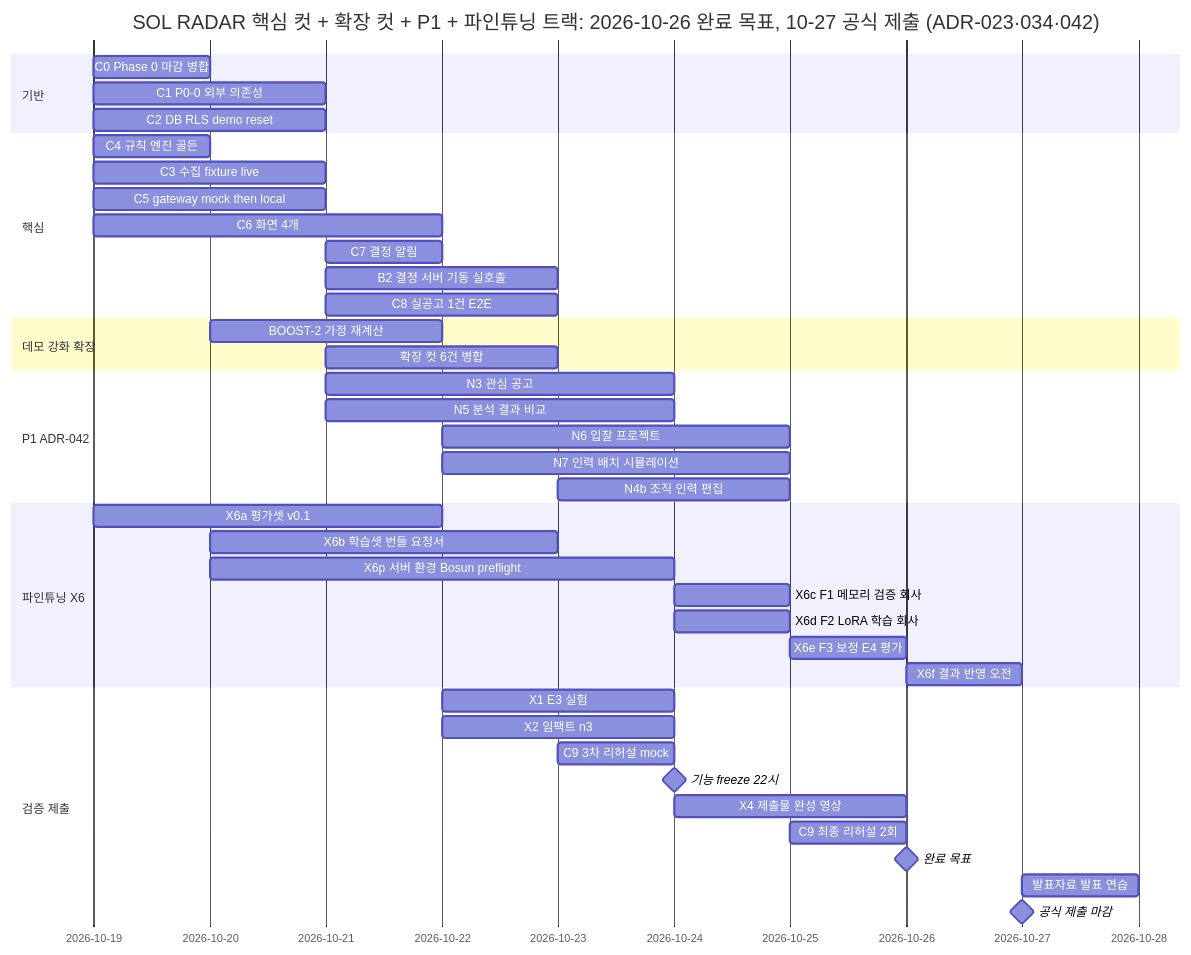
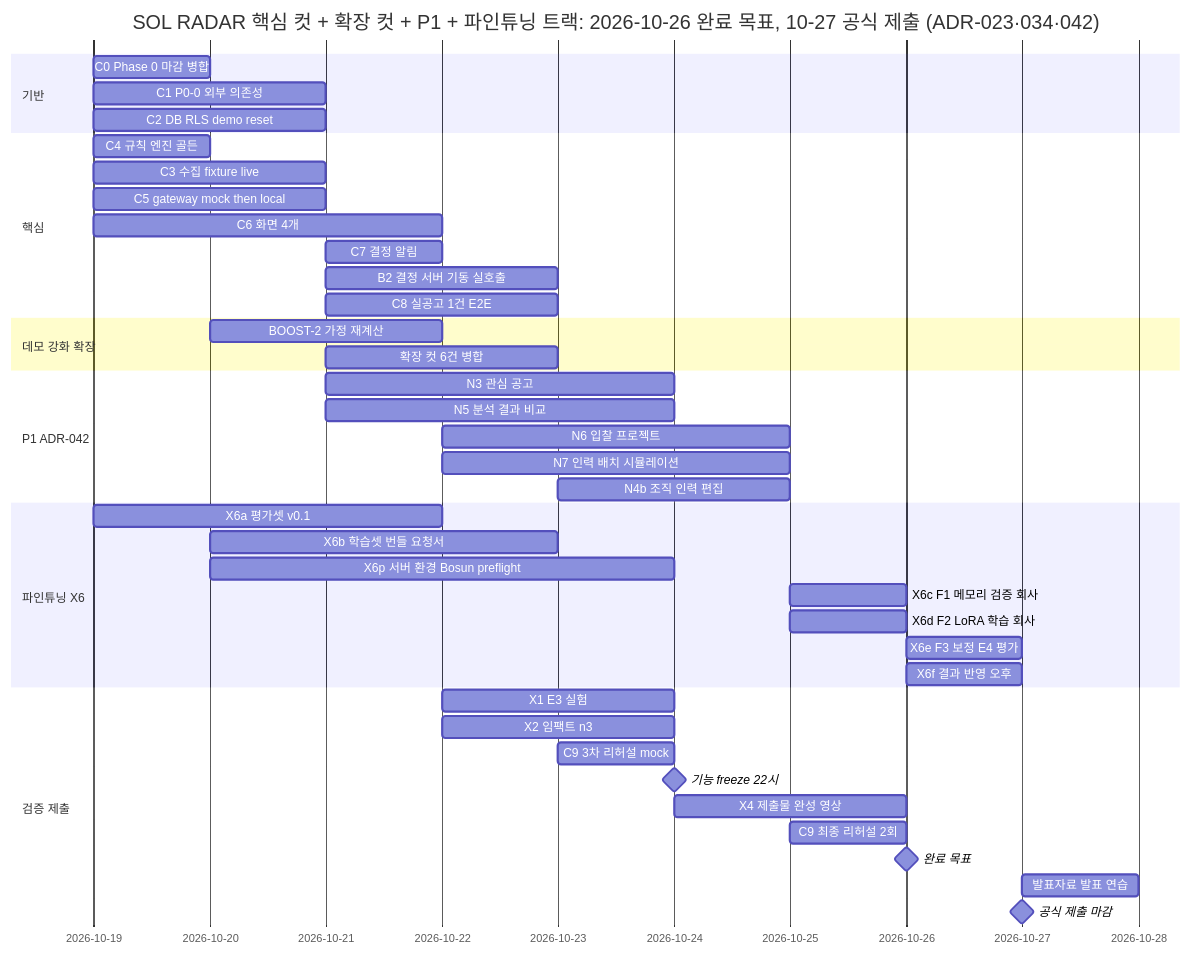
Before and after one commit to solideoai/sol-radar: the diagram in docs/12-ROADMAP.md, drawn with Mermaid. The commit also changed other lines of this file and 10 other files, not shown here.

````diff
--- a/docs/12-ROADMAP.md
+++ b/docs/12-ROADMAP.md
@@ -137,44 +138,44 @@
 ```mermaid
 gantt
  title SOL RADAR 핵심 컷 + 확장 컷 + P1 + 파인튜닝 트랙: 2026-10-26 완료 목표, 10-27 공식 제출 (ADR-023·034·042)
  dateFormat YYYY-MM-DD
  section 기반
  C0 Phase 0 마감 병합 :c0, 2026-10-19, 1d
  C1 P0-0 외부 의존성 :c1, 2026-10-19, 2d
  C2 DB RLS demo reset :c2, 2026-10-19, 2d
  section 핵심
  C4 규칙 엔진 골든 :c4, 2026-10-19, 1d
  C3 수집 fixture live :c3, 2026-10-19, 2d
  C5 gateway mock then local :c5, 2026-10-19, 2d
  C6 화면 4개 :c6, 2026-10-19, 3d
  C7 결정 알림 :c7, 2026-10-21, 1d
  B2 결정 서버 기동 실호출 :b2s, 2026-10-21, 2d
  C8 실공고 1건 E2E :c8, 2026-10-21, 2d
  section 데모 강화 확장
  BOOST-2 가정 재계산 :b2, 2026-10-20, 2d
  확장 컷 6건 병합 :x5, 2026-10-21, 2d
  section P1 ADR-042
  N3 관심 공고 :p11, 2026-10-21, 3d
  N5 분석 결과 비교 :p12, 2026-10-21, 3d
  N6 입찰 프로젝트 :p13, 2026-10-22, 3d
  N7 인력 배치 시뮬레이션 :p14, 2026-10-22, 3d
  N4b 조직 인력 편집 :p15, 2026-10-23, 2d
  section 파인튜닝 X6
  X6a 평가셋 v0.1 :x6a, 2026-10-19, 3d
  X6b 학습셋 번들 요청서 :x6b, 2026-10-20, 3d
  X6p 서버 환경 Bosun preflight :x6p, 2026-10-20, 4d
- X6c F1 메모리 검증 회사 :x6c, 2026-10-24, 1d
- X6d F2 LoRA 학습 회사 :x6d, 2026-10-24, 1d
- X6e F3 보정 E4 평가 :x6e, 2026-10-25, 1d
- X6f 결과 반영 오전 :x6f, 2026-10-26, 1d
+ X6c F1 메모리 검증 회사 :x6c, 2026-10-25, 1d
+ X6d F2 LoRA 학습 회사 :x6d, 2026-10-25, 1d
+ X6e F3 보정 E4 평가 :x6e, 2026-10-26, 1d
+ X6f 결과 반영 오후 :x6f, 2026-10-26, 1d
  section 검증 제출
  X1 E3 실험 :x1, 2026-10-22, 2d
  X2 임팩트 n3 :x2, 2026-10-22, 2d
  C9 3차 리허설 mock :c9, 2026-10-23, 1d
  기능 freeze 22시 :milestone, mf, 2026-10-24, 0d
  X4 제출물 완성 영상 :x4, 2026-10-24, 2d
  C9 최종 리허설 2회 :c9b, 2026-10-25, 1d
  완료 목표 :milestone, ms, 2026-10-26, 0d
  발표자료 발표 연습 :pr, 2026-10-27, 1d
  공식 제출 마감 :milestone, md, 2026-10-27, 0d
 ```
````
